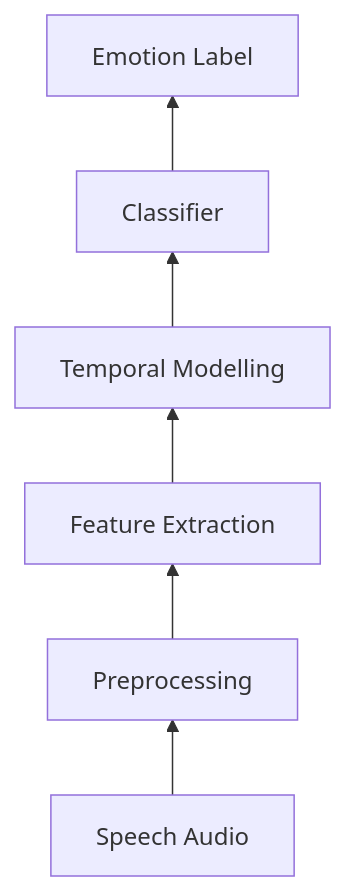
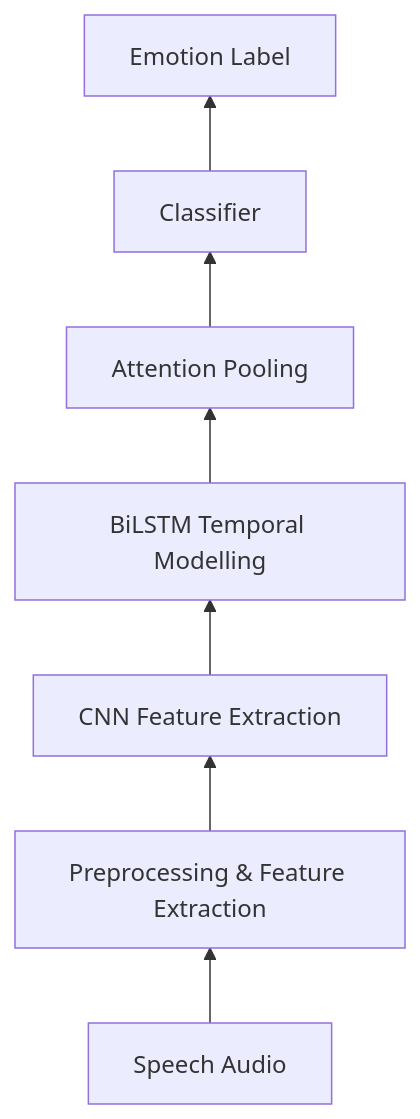
The second of 3 diagrams in README.md (savioshaju/Multimodal-Emotion-Recognition), drawn with Mermaid before and after one commit. The commit also changed other lines of this file and 30 other files, not shown here.

````diff
--- a/README.md
+++ b/README.md
@@ -296,8 +331,9 @@
 ```mermaid
 flowchart BT
-    A[Speech Audio] --> B[Preprocessing]
-    B --> C[Feature Extraction]
-    C --> D[Temporal Modelling]
-    D --> E[Classifier]
-    E --> F[Emotion Label]
+    A[Speech Audio] --> B[Preprocessing & Feature Extraction]
+    B --> C[CNN Feature Extraction]
+    C --> D[BiLSTM Temporal Modelling]
+    D --> E[Attention Pooling]
+    E --> F[Classifier]
+    F --> G[Emotion Label]
 ```
````
